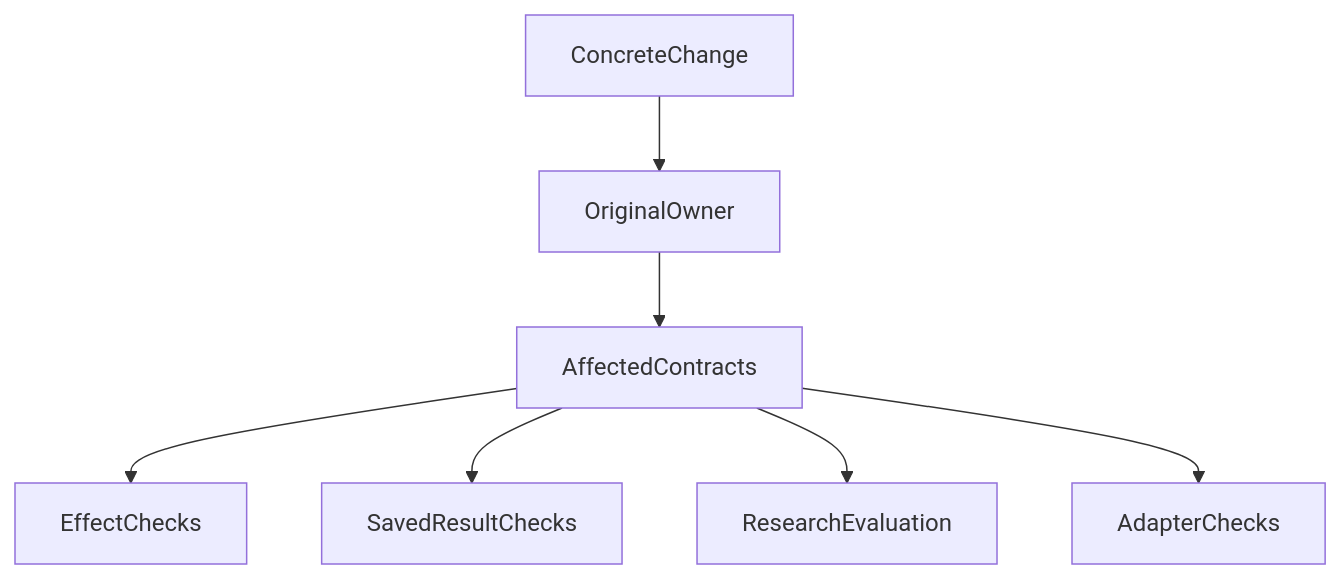
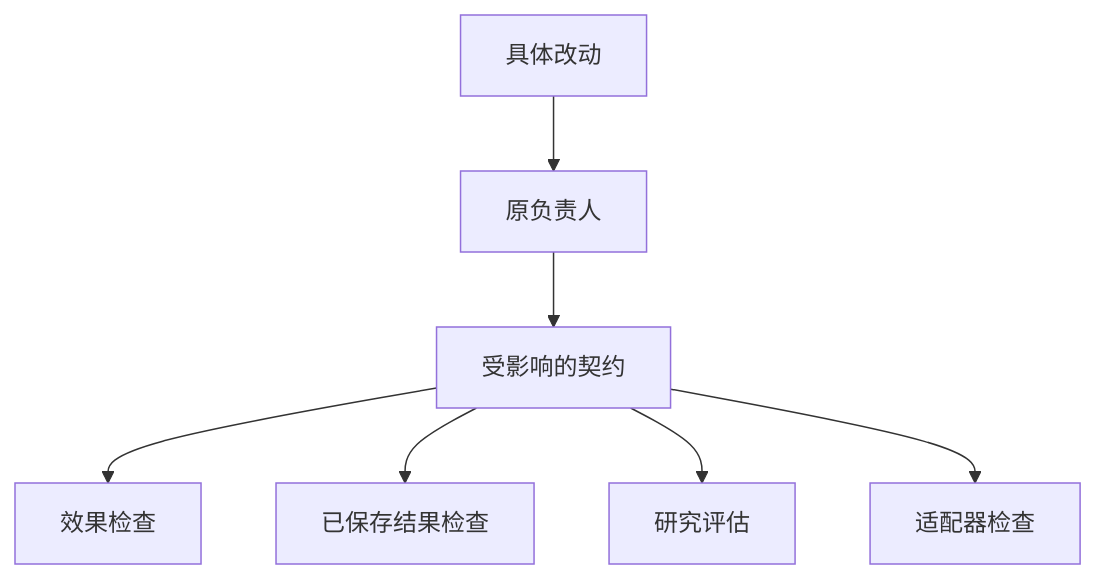
One commit to hpoenixf/eff-agent-article changed the diagram in articles/agent-differentiated-evolution-contracts.md. Above: the diagram before and after it, drawn with Mermaid. The commit also changed 52 other files, not shown here.

Commit message:
docs: localize diagrams and clarify flagship guides

````diff
--- a/articles/agent-differentiated-evolution-contracts.md
+++ b/articles/agent-differentiated-evolution-contracts.md
@@ -94,9 +94,9 @@
 ```mermaid
 graph TD
-ConcreteChange --> OriginalOwner
-OriginalOwner --> AffectedContracts
-AffectedContracts --> EffectChecks
-AffectedContracts --> SavedResultChecks
-AffectedContracts --> ResearchEvaluation
-AffectedContracts --> AdapterChecks
+ConcreteChange["具体改动"] --> OriginalOwner["原负责人"]
+OriginalOwner --> AffectedContracts["受影响的契约"]
+AffectedContracts --> EffectChecks["效果检查"]
+AffectedContracts --> SavedResultChecks["已保存结果检查"]
+AffectedContracts --> ResearchEvaluation["研究评估"]
+AffectedContracts --> AdapterChecks["适配器检查"]
 ```
````
